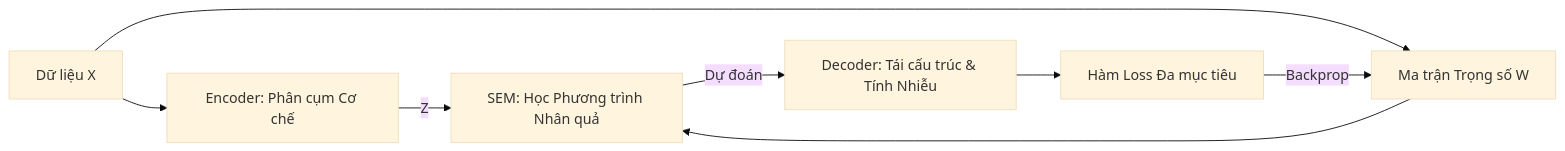
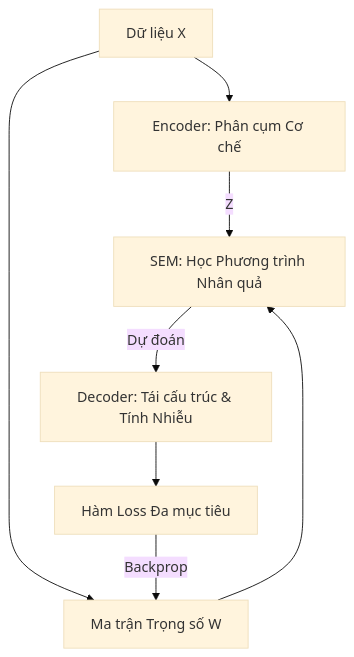
One commit to manhthai1706/DeepANM changed the second of 4 diagrams in docx/Chuong3_MoHinhDeepANM.md. Above: the diagram before and after it, drawn with Mermaid (base theme).

Commit message:
docs: use vertical (TD) orientation for core logic mermaid diagram

````diff
--- a/docx/Chuong3_MoHinhDeepANM.md
+++ b/docx/Chuong3_MoHinhDeepANM.md
@@ -95,10 +95,10 @@
 ```mermaid
-graph LR
+graph TD
     Input[Dữ liệu X] --> Encoder[Encoder: Phân cụm Cơ chế]
     Input --> Mask[Ma trận Trọng số W]
     Mask --> SEM[SEM: Học Phương trình Nhân quả]
     Encoder -->|Z| SEM
     SEM -->|Dự đoán| Decoder[Decoder: Tái cấu trúc & Tính Nhiễu]
     Decoder --> Output[Hàm Loss Đa mục tiêu]
     Output -->|Backprop| Mask
 ```
````
